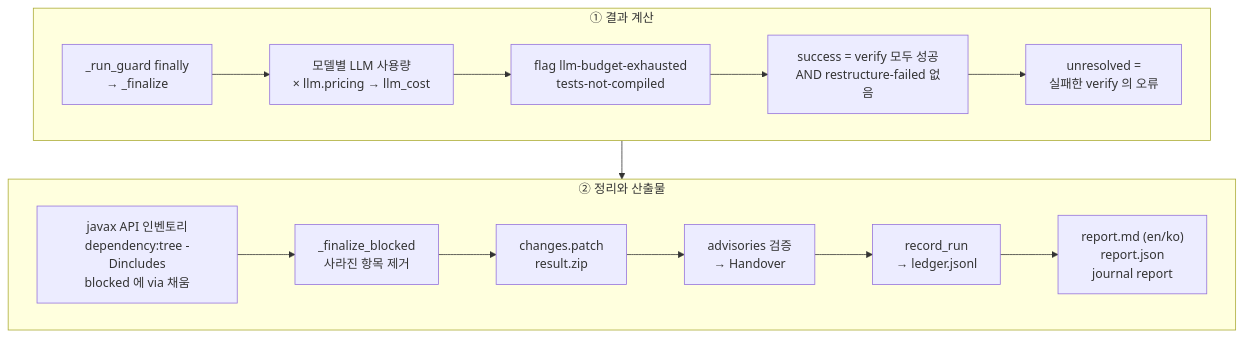
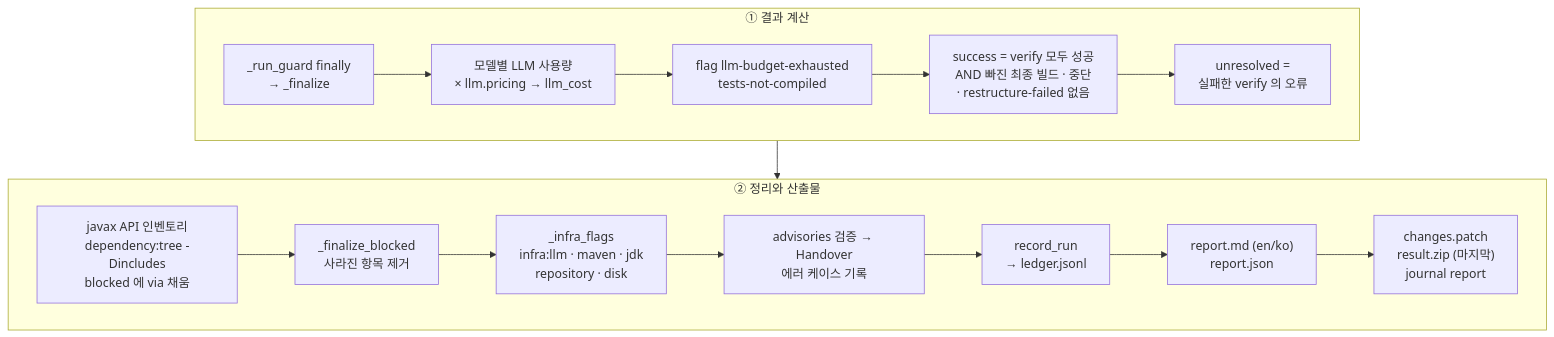
Before and after one commit to acandiatale/tutu: the diagram in docs/migration-agent/diagrams/node-finalize.mmd, drawn with Mermaid. The commit also changed 193 other files, not shown here.

```diff
--- a/docs/migration-agent/diagrams/node-finalize.mmd
+++ b/docs/migration-agent/diagrams/node-finalize.mmd
@@ -1,10 +1,10 @@
 flowchart TB
   subgraph a["① 결과 계산"]
     direction LR
-    A["_run_guard finally<br/>→ _finalize"] --> B["모델별 LLM 사용량<br/>× llm.pricing → llm_cost"] --> B2["flag llm-budget-exhausted<br/>tests-not-compiled"] --> C["success = verify 모두 성공<br/>AND restructure-failed 없음"] --> D["unresolved =<br/>실패한 verify 의 오류"]
+    A["_run_guard finally<br/>→ _finalize"] --> B["모델별 LLM 사용량<br/>× llm.pricing → llm_cost"] --> B2["flag llm-budget-exhausted<br/>tests-not-compiled"] --> C["success = verify 모두 성공<br/>AND 빠진 최종 빌드 · 중단<br/>· restructure-failed 없음"] --> D["unresolved =<br/>실패한 verify 의 오류"]
   end
   subgraph b["② 정리와 산출물"]
     direction LR
-    E["javax API 인벤토리<br/>dependency:tree -Dincludes<br/>blocked 에 via 채움"] --> F["_finalize_blocked<br/>사라진 항목 제거"] --> G["changes.patch<br/>result.zip"] --> H["advisories 검증<br/>→ Handover"] --> J["record_run<br/>→ ledger.jsonl"] --> L["report.md (en/ko)<br/>report.json<br/>journal report"]
+    E["javax API 인벤토리<br/>dependency:tree -Dincludes<br/>blocked 에 via 채움"] --> F["_finalize_blocked<br/>사라진 항목 제거"] --> I["_infra_flags<br/>infra:llm · maven · jdk<br/>repository · disk"] --> H["advisories 검증 → Handover<br/>에러 케이스 기록"] --> J["record_run<br/>→ ledger.jsonl"] --> L["report.md (en/ko)<br/>report.json"] --> G["changes.patch<br/>result.zip (마지막)<br/>journal report"]
   end
   a --> b
```
